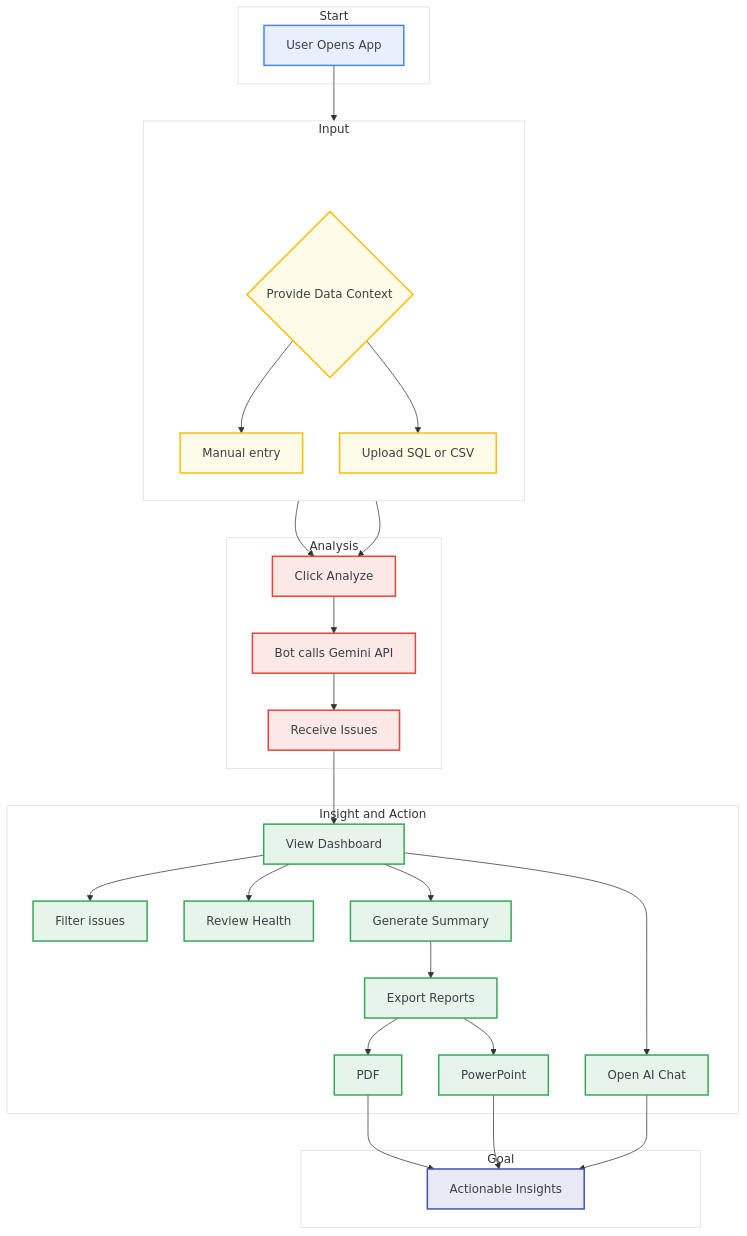
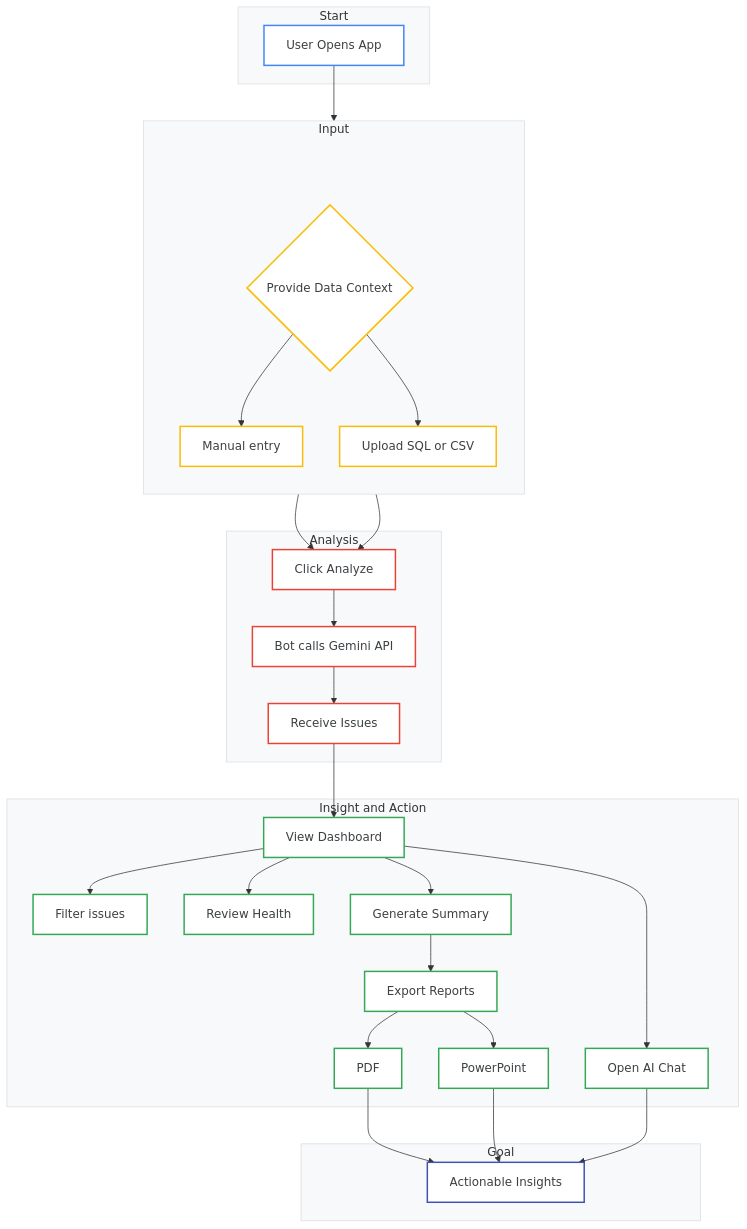
Before and after one commit to chtsalvishal/DQ_Gen_AI_Bot: the second of 2 diagrams in README.md, drawn with Mermaid. The commit also changed other lines of this file, not shown here.

Commit message:
docs: Update README diagram styles and links
Refine the README's Mermaid diagram by updating node styles and link arrowheads for better visual clarity and consistency.

````diff
--- a/README.md
+++ b/README.md
@@ -71,62 +71,62 @@
 ```mermaid
 graph TD
     subgraph sg1 [Start]
         A[User Opens App]:::startNode
     end
 
     subgraph sg2 [Input]
         direction TB
         sg2_spacer[" "]:::spacer
         B{Provide Data Context}:::inputNode
         B1[Manual entry]:::inputNode
         B2[Upload SQL or CSV]:::inputNode
     end
     
     subgraph sg3 [Analysis]
         C[Click Analyze]:::analysisNode
         D[Bot calls Gemini API]:::analysisNode
         E[Receive Issues]:::analysisNode
     end
 
     subgraph sg4 [Insight and Action]
         F[View Dashboard]:::insightNode
         F1[Filter issues]:::insightNode
         F2[Review Health]:::insightNode
         G[Open AI Chat]:::insightNode
         H[Generate Summary]:::insightNode
         I[Export Reports]:::insightNode
         I1[PDF]:::insightNode
         I2[PowerPoint]:::insightNode
     end
     
     subgraph sg5 [Goal]
        J[Actionable Insights]:::goalNode
     end
 
-    A --> sg2_spacer
-    sg2_spacer --- B
+    sg2_spacer --> B
+    A --> B
     B --> B1 & B2
     B1 --> C
     B2 --> C
     C --> D --> E --> F
     F --> F1 & F2 & G & H
     H --> I --> I1 & I2
     I1 --> J
     I2 --> J
     G --> J
     
-    linkStyle 1 stroke:transparent,stroke-width:0px
+    linkStyle 0 stroke:transparent,stroke-width:0px
     
-    style sg1 fill:#FFFFFF,stroke:#DADCE0
-    style sg2 fill:#FFFFFF,stroke:#DADCE0
-    style sg3 fill:#FFFFFF,stroke:#DADCE0
-    style sg4 fill:#FFFFFF,stroke:#DADCE0
-    style sg5 fill:#FFFFFF,stroke:#DADCE0
+    style sg1 fill:#F8F9FA,stroke:#DADCE0
+    style sg2 fill:#F8F9FA,stroke:#DADCE0
+    style sg3 fill:#F8F9FA,stroke:#DADCE0
+    style sg4 fill:#F8F9FA,stroke:#DADCE0
+    style sg5 fill:#F8F9FA,stroke:#DADCE0
 
-    classDef spacer height:10px,fill:transparent,stroke:transparent
-    classDef startNode fill:#E8F0FE,stroke:#4285F4,stroke-width:2px,color:#3C4043
-    classDef inputNode fill:#FEFCE8,stroke:#FBBC05,stroke-width:2px,color:#3C4043
-    classDef analysisNode fill:#FCE8E6,stroke:#EA4335,stroke-width:2px,color:#3C4043
-    classDef insightNode fill:#E6F4EA,stroke:#34A853,stroke-width:2px,color:#3C4043
-    classDef goalNode fill:#E8EAF6,stroke:#3F51B5,stroke-width:2px,color:#3C4043
+    classDef spacer height:1px,fill:transparent,stroke:transparent,color:transparent
+    classDef startNode fill:#FFFFFF,stroke:#4285F4,stroke-width:2px,color:#3C4043
+    classDef inputNode fill:#FFFFFF,stroke:#FBBC05,stroke-width:2px,color:#3C4043
+    classDef analysisNode fill:#FFFFFF,stroke:#EA4335,stroke-width:2px,color:#3C4043
+    classDef insightNode fill:#FFFFFF,stroke:#34A853,stroke-width:2px,color:#3C4043
+    classDef goalNode fill:#FFFFFF,stroke:#3F51B5,stroke-width:2px,color:#3C4043
 ```
````
